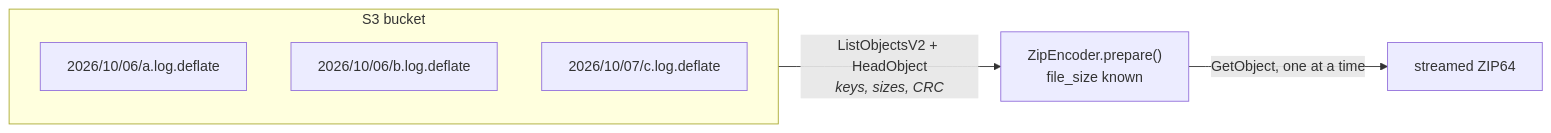
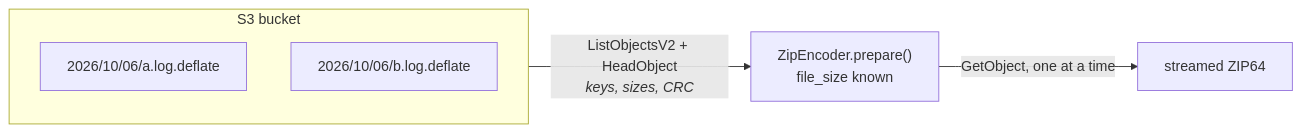
Before and after one commit to OffworldNexus/livezip: the first of 2 diagrams in doc/docs/developer/s3-integration.md, drawn with Mermaid. The commit also changed other lines of this file and 13 other files, not shown here.

````diff
--- a/doc/docs/developer/s3-integration.md
+++ b/doc/docs/developer/s3-integration.md
@@ -6,10 +7,9 @@
 ```mermaid
 flowchart LR
     subgraph bucket["S3 bucket"]
         L1["2026/10/06/a.log.deflate"]
         L2["2026/10/06/b.log.deflate"]
-        L3["2026/10/07/c.log.deflate"]
     end
     bucket -->|"ListObjectsV2 + HeadObject<br/><i>keys, sizes, CRC</i>"| Plan["ZipEncoder.prepare()<br/>file_size known"]
     Plan -->|"GetObject, one at a time"| ZIP["streamed ZIP64"]
 ```
````
